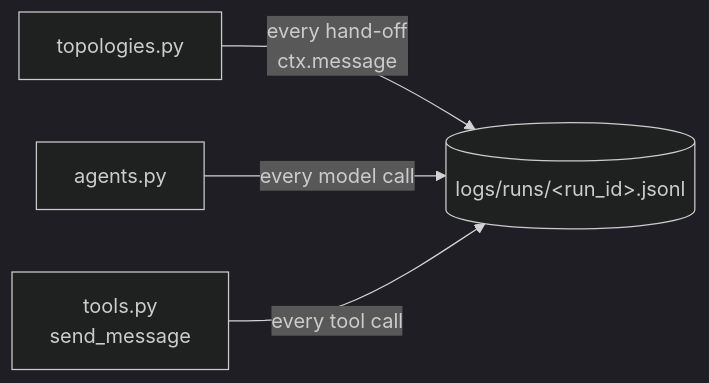
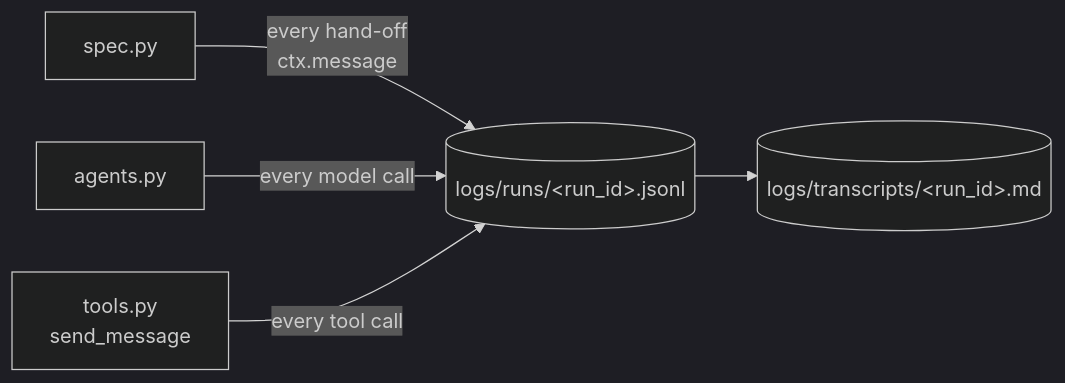
Before and after one commit to ZackDoll/Team10AProjM117: the third of 3 diagrams in README.md, drawn with Mermaid (dark theme). The commit also changed other lines of this file and 57 other files, not shown here.

````diff
--- a/README.md
+++ b/README.md
@@ -53,6 +70,7 @@
 ```mermaid
 flowchart LR
-    TOPO[topologies.py] -->|every hand-off<br/>ctx.message| LOG[(logs/runs/&lt;run_id&gt;.jsonl)]
+    SPEC[spec.py] -->|every hand-off<br/>ctx.message| LOG[(logs/runs/&lt;run_id&gt;.jsonl)]
     AG[agents.py] -->|every model call| LOG
     TOOL[tools.py<br/>send_message] -->|every tool call| LOG
+    LOG --> TR[(logs/transcripts/&lt;run_id&gt;.md)]
 ```
````
